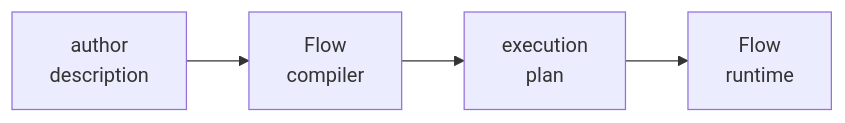
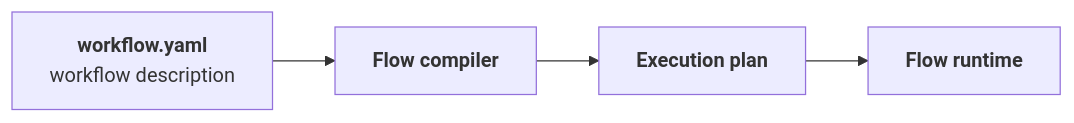
Before and after one commit to FAST-HEP/fasthep-flow: the sixth of 6 diagrams in docs/execution/compilation.md, drawn with Mermaid. The commit also changed other lines of this file and 7 other files, not shown here.

````diff
--- a/docs/execution/compilation.md
+++ b/docs/execution/compilation.md
@@ -608,9 +635,9 @@
 ```{mermaid}
 flowchart LR
-    Author["author<br/>description"]
-    Compiler["Flow<br/>compiler"]
-    Plan["execution<br/>plan"]
-    Runtime["Flow<br/>runtime"]
+    Workflow["<b>workflow.yaml</b><br/>workflow description"]:::input
+    Compiler["<b>Flow compiler</b>"]:::flow
+    Plan["<b>Execution plan</b>"]:::plan
+    Runtime["<b>Flow runtime</b>"]:::runtime
 
-    Author --> Compiler --> Plan --> Runtime
+    Workflow --> Compiler --> Plan --> Runtime
 ```
````
